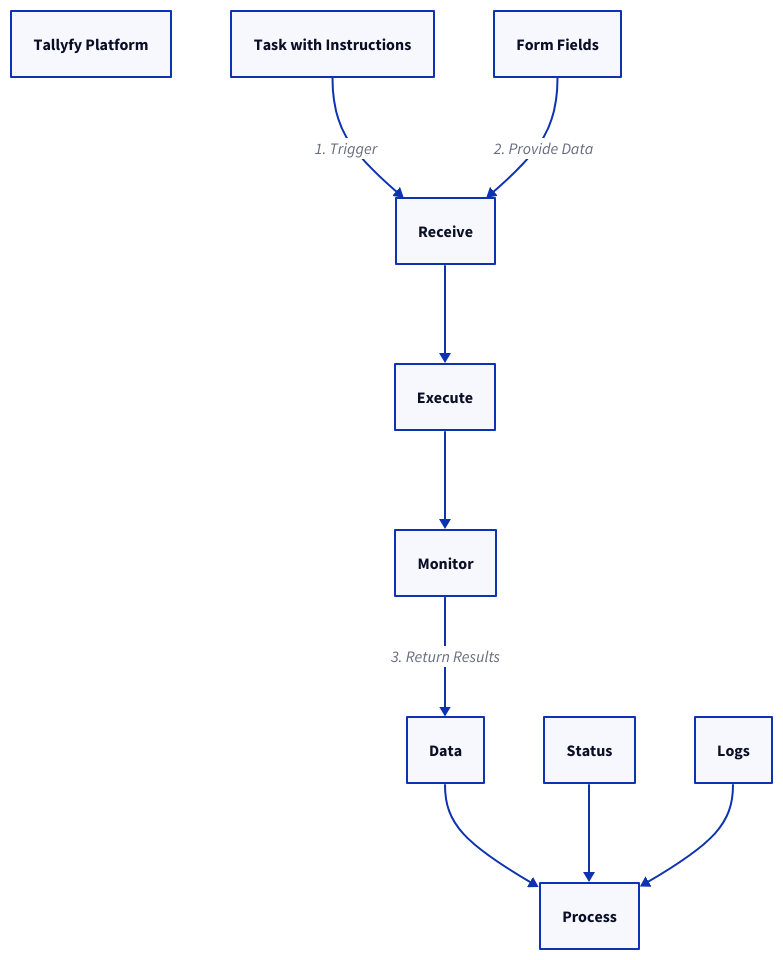
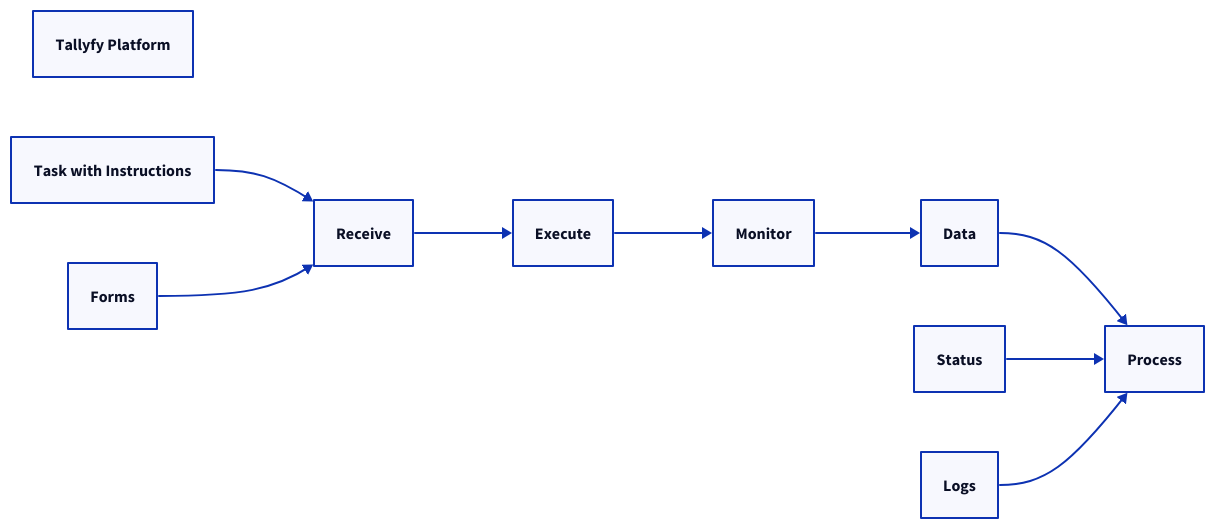
One commit to tallyfy/documentation changed the third of 3 diagrams in src/content/docs/pro/integrations/computer-ai-agents/local-computer-use-agents.mdx. Above: the diagram before and after it, drawn with D2. The commit also changed other lines of this file and 605 other files, not shown here.

````diff
--- a/src/content/docs/pro/integrations/computer-ai-agents/local-computer-use-agents.mdx
+++ b/src/content/docs/pro/integrations/computer-ai-agents/local-computer-use-agents.mdx
@@ -555,20 +544,20 @@
 ```d2
-Data: "Data"
-Execute: "Execute"
-Logs: "Logs"
-Monitor: "Monitor"
-Process: "Process"
-Receive: "Receive"
-Status: "Status"
-Tallyfy: "Tallyfy Platform"
-Task: "Task with Instructions"
-Forms: "Form Fields"
-Task -> Receive: "1. Trigger"
-Forms -> Receive: "2. Provide Data"
+direction: right
+Data: Data
+Execute: Execute
+Logs: Logs
+Monitor: Monitor
+Process: Process
+Receive: Receive
+Status: Status
+Tallyfy: Tallyfy Platform
+Task: Task with Instructions
+Task -> Receive
+Forms -> Receive
 Receive -> Execute
 Execute -> Monitor
-Monitor -> Data: "3. Return Results"
+Monitor -> Data
 Data -> Process
 Status -> Process
 Logs -> Process
 ```
````
